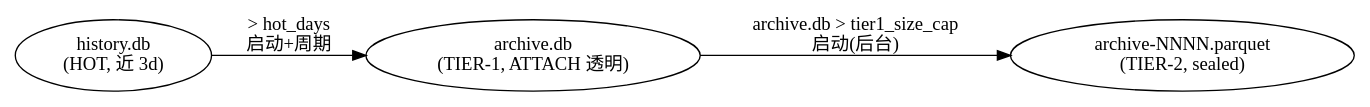
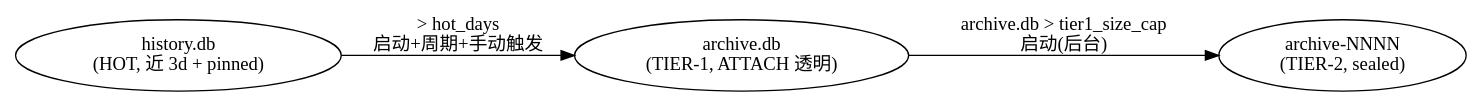
Before and after one commit to puxu-msft/copilot-api-js: the diagram in docs/spec/2026-07-14-history-tiered-archive.md, drawn with Graphviz. The commit also changed other lines of this file, not shown here.

First line of the commit message:
docs: spec v2 for history tiered archive (absorb adversarial review)

````diff
--- a/docs/spec/2026-07-14-history-tiered-archive.md
+++ b/docs/spec/2026-07-14-history-tiered-archive.md
@@ -30,10 +30,10 @@
 ```dot
 digraph tiered {
   rankdir=LR;
-  HOT [label="history.db\n(HOT, 近 3d)"];
+  HOT [label="history.db\n(HOT, 近 3d + pinned)"];
   T1  [label="archive.db\n(TIER-1, ATTACH 透明)"];
-  T2  [label="archive-NNNN.parquet\n(TIER-2, sealed)"];
-  HOT -> T1 [label="> hot_days\n启动+周期"];
+  T2  [label="archive-NNNN\n(TIER-2, sealed)"];
+  HOT -> T1 [label="> hot_days\n启动+周期+手动触发"];
   T1  -> T2 [label="archive.db > tier1_size_cap\n启动(后台)"];
 }
 ```
````
